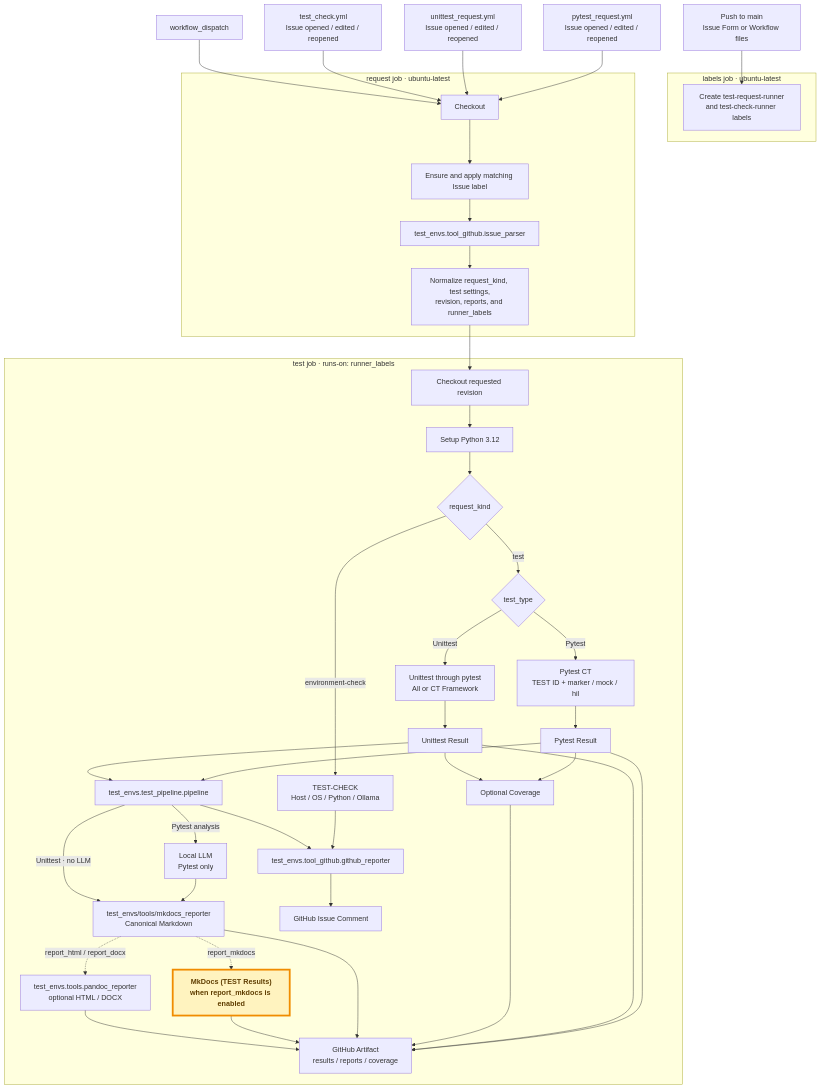
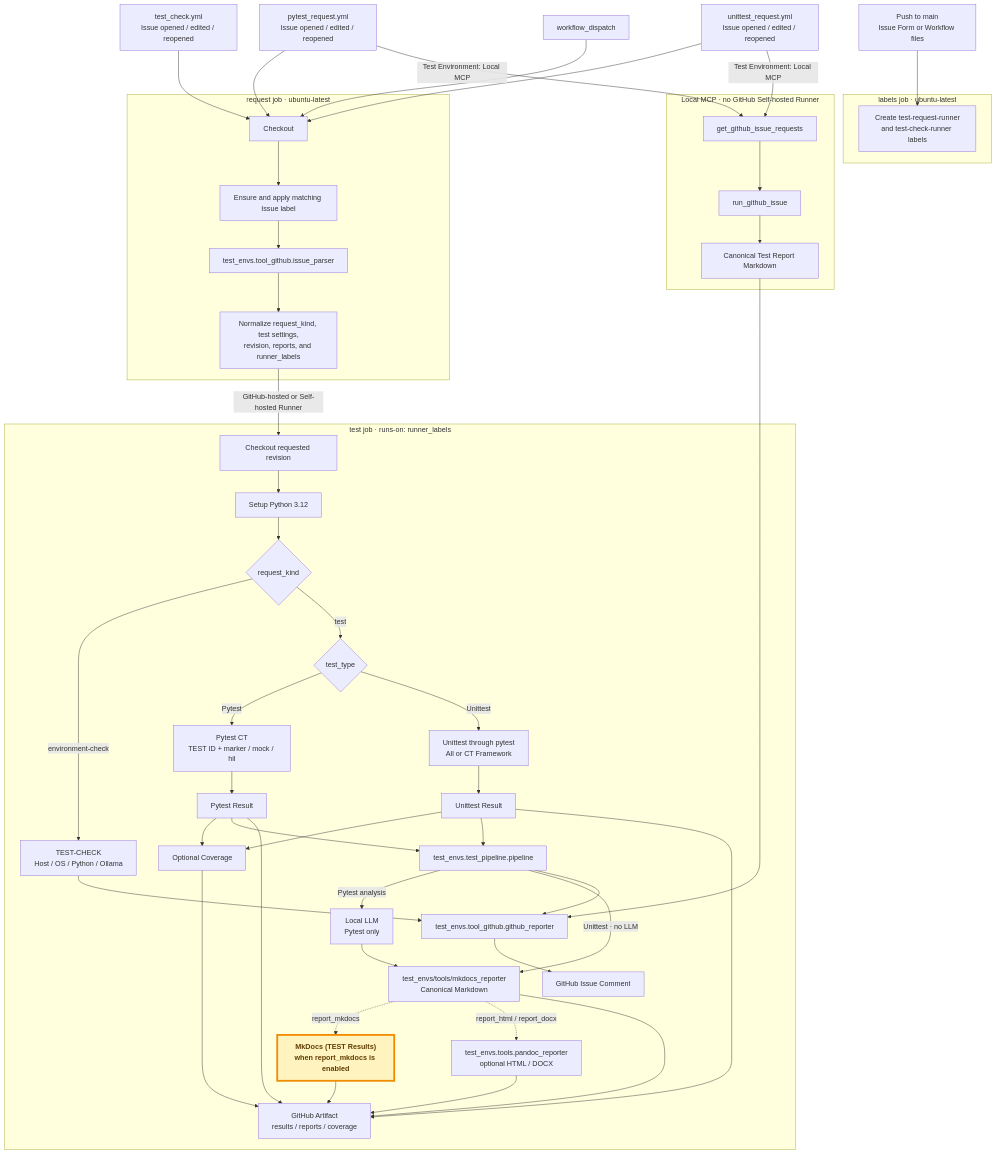
One commit to JeonghunLee/AI-driven-CI-CT changed the second of 2 diagrams in docs/index.md. Above: the diagram before and after it, drawn with Mermaid. The commit also changed other lines of this file and 29 other files, not shown here.

First line of the commit message:
Refactor issue parser and related tests for improved environment handling

```diff
--- a/docs/index.md
+++ b/docs/index.md
@@ -189,12 +189,23 @@
         PANDOC --> ARTIFACT
     end
 
+    subgraph LOCAL_MCP_FLOW["Local MCP · no GitHub Self-hosted Runner"]
+        MCP_LIST[get_github_issue_requests]
+        MCP_RUN[run_github_issue]
+        MCP_MARKDOWN[Canonical Test Report Markdown]
+
+        MCP_LIST --> MCP_RUN --> MCP_MARKDOWN
+    end
+
     PUSH --> LABELS
     PYTEST_ISSUE --> CHECKOUT_REQUEST
     UNITTEST_ISSUE --> CHECKOUT_REQUEST
     CHECK_ISSUE --> CHECKOUT_REQUEST
     MANUAL --> CHECKOUT_REQUEST
-    OUTPUTS --> CHECKOUT_TEST
+    OUTPUTS -->|GitHub-hosted or Self-hosted Runner| CHECKOUT_TEST
+    PYTEST_ISSUE -->|Test Environment: Local MCP| MCP_LIST
+    UNITTEST_ISSUE -->|Test Environment: Local MCP| MCP_LIST
+    MCP_MARKDOWN --> GITHUB_REPORTER
 
     classDef testResults fill:#fff3bf,stroke:#f08c00,stroke-width:4px,color:#5f3d00,font-weight:bold
     class MKDOCS testResults
```
